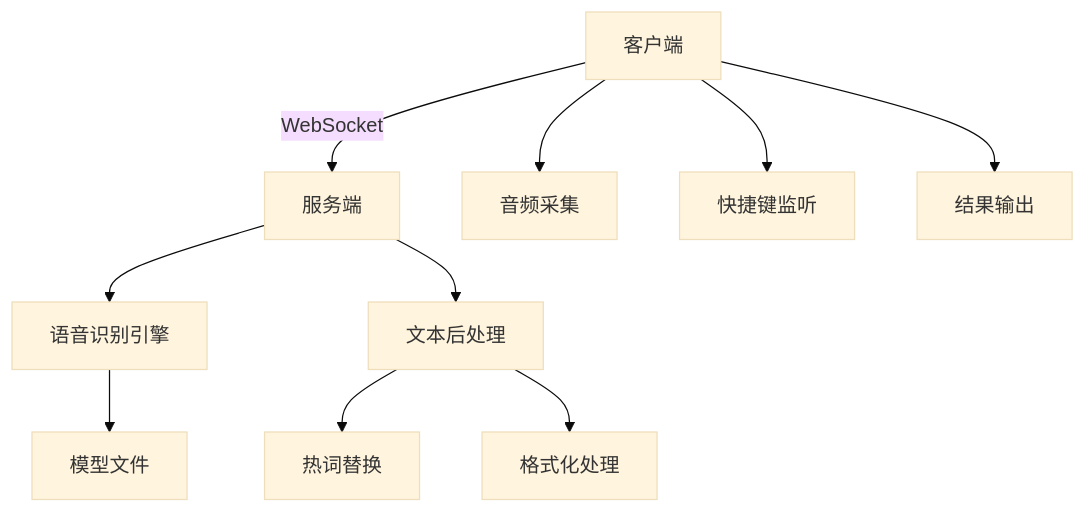
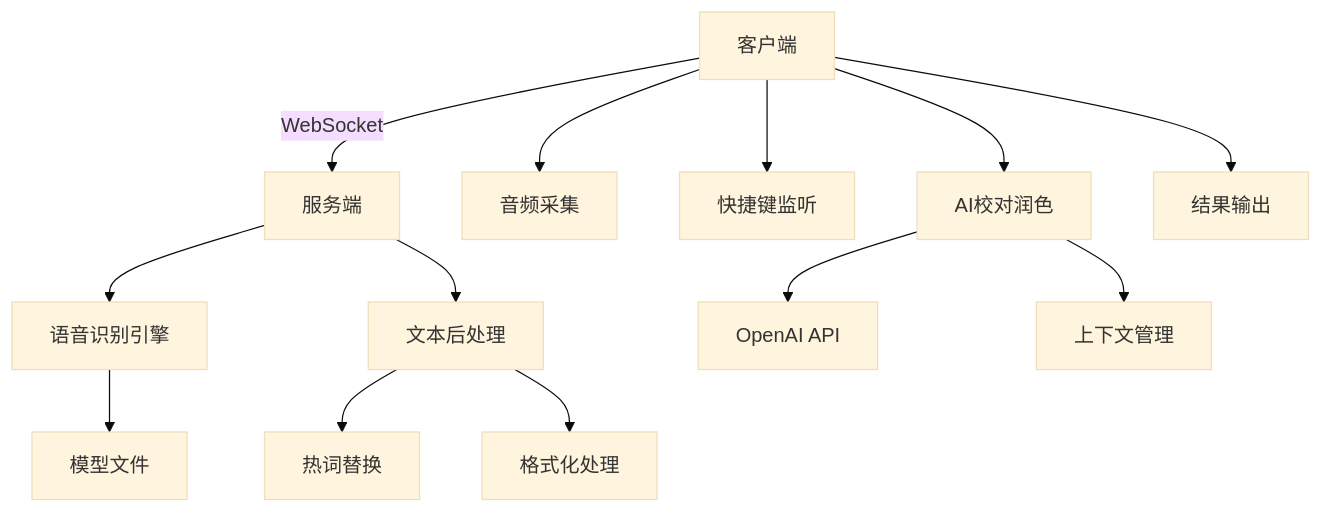
The first of 3 diagrams in docs/architecture.md (zj1123581321/CapsWriter-Offline-with-AI), drawn with Mermaid (base theme) before and after one commit. The commit also changed other lines of this file and 12 other files, not shown here.

````diff
--- a/docs/architecture.md
+++ b/docs/architecture.md
@@ -7,13 +7,16 @@
 ```mermaid
 graph TB
     A[客户端] -->|WebSocket| B[服务端]
     B --> C[语音识别引擎]
     B --> D[文本后处理]
     A --> E[音频采集]
     A --> F[快捷键监听]
+    A --> K[AI校对润色]
     A --> G[结果输出]
     
     C --> H[模型文件]
     D --> I[热词替换]
     D --> J[格式化处理]
+    K --> L[OpenAI API]
+    K --> M[上下文管理]
 ```
````
